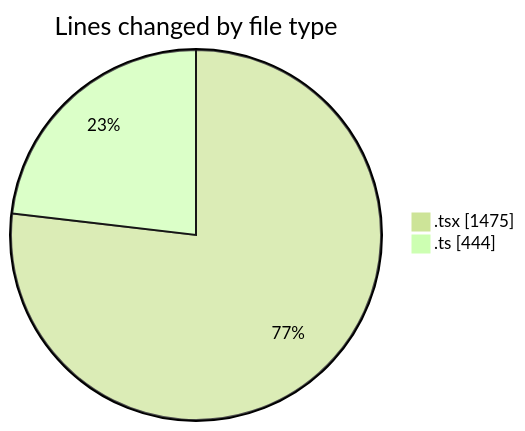
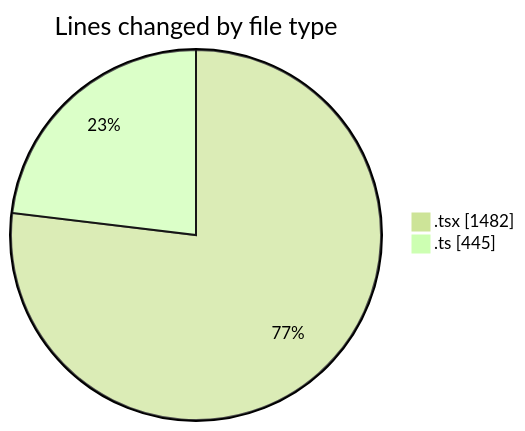
Before and after one commit to robertbonfada/code-tracking: the first of 2 diagrams in 2025-01-30/mbc-web/README.md, drawn with Mermaid (forest theme). The commit also changed other lines of this file and 1 other file, not shown here.

````diff
--- a/2025-01-30/mbc-web/README.md
+++ b/2025-01-30/mbc-web/README.md
@@ -29,6 +29,6 @@
 ```mermaid
 pie showData
 title Lines changed by file type
-".tsx" : 1475
-".ts" : 444
+".tsx" : 1482
+".ts" : 445
 ```
````
